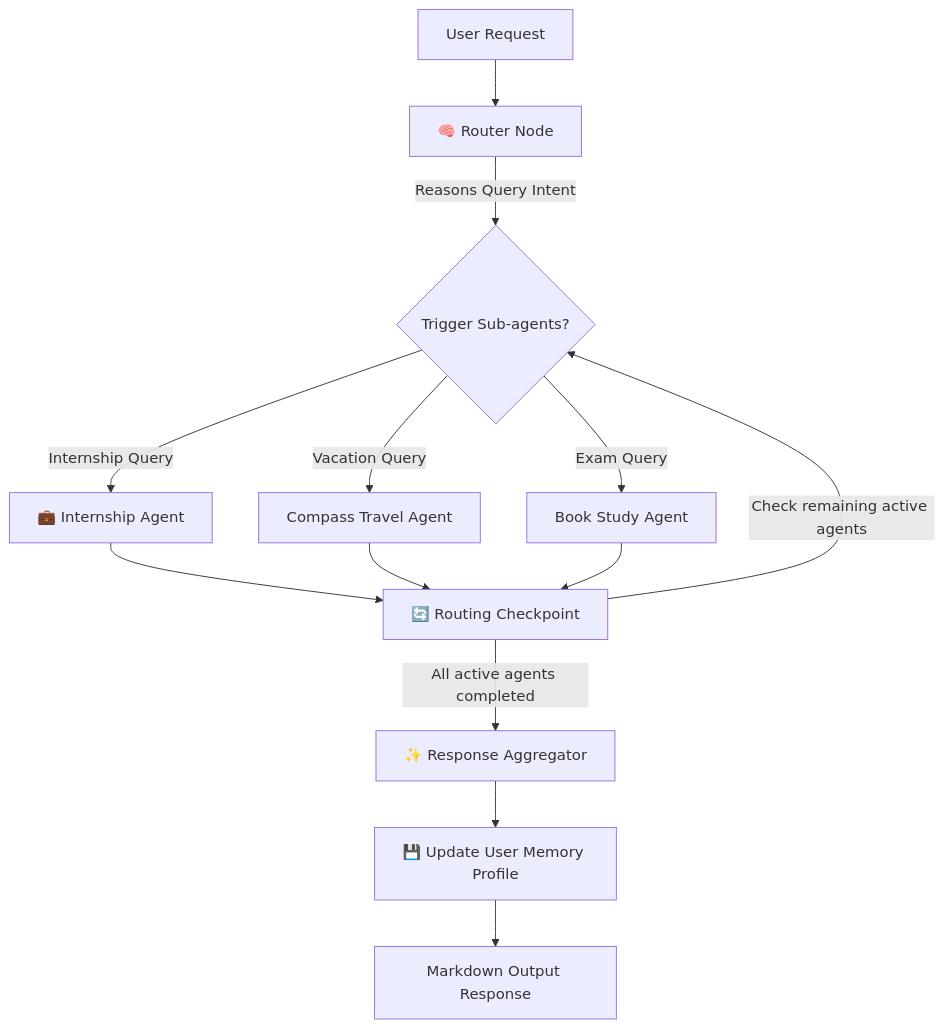
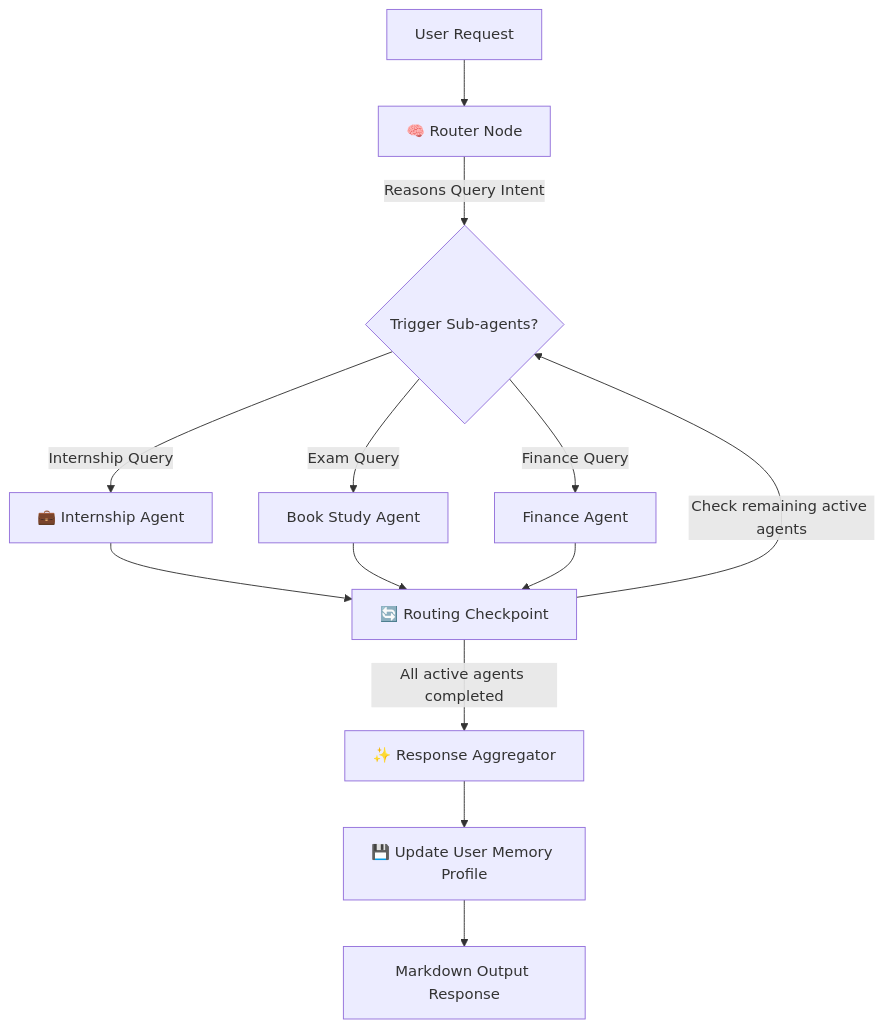
Before and after one commit to Hithesh-max/AllInOne: the diagram in README.md, drawn with Mermaid. The commit also changed other lines of this file and 54 other files, not shown here.

````diff
--- a/README.md
+++ b/README.md
@@ -126,15 +136,15 @@
 ```mermaid
 graph TD
     UserQuery[User Request] --> Planner[🧠 Router Node]
     Planner -->|Reasons Query Intent| SpecializedAgents{Trigger Sub-agents?}
     SpecializedAgents -->|Internship Query| InternNode[💼 Internship Agent]
-    SpecializedAgents -->|Vacation Query| TravelNode[Compass Travel Agent]
     SpecializedAgents -->|Exam Query| StudyNode[Book Study Agent]
+    SpecializedAgents -->|Finance Query| FinanceNode[Finance Agent]
     InternNode --> Checkpoint[🔄 Routing Checkpoint]
-    TravelNode --> Checkpoint
     StudyNode --> Checkpoint
+    FinanceNode --> Checkpoint
     Checkpoint -->|Check remaining active agents| SpecializedAgents
     Checkpoint -->|All active agents completed| Compiler[✨ Response Aggregator]
     Compiler --> DatabaseSync[💾 Update User Memory Profile]
     DatabaseSync --> final[Markdown Output Response]
 ```
````
